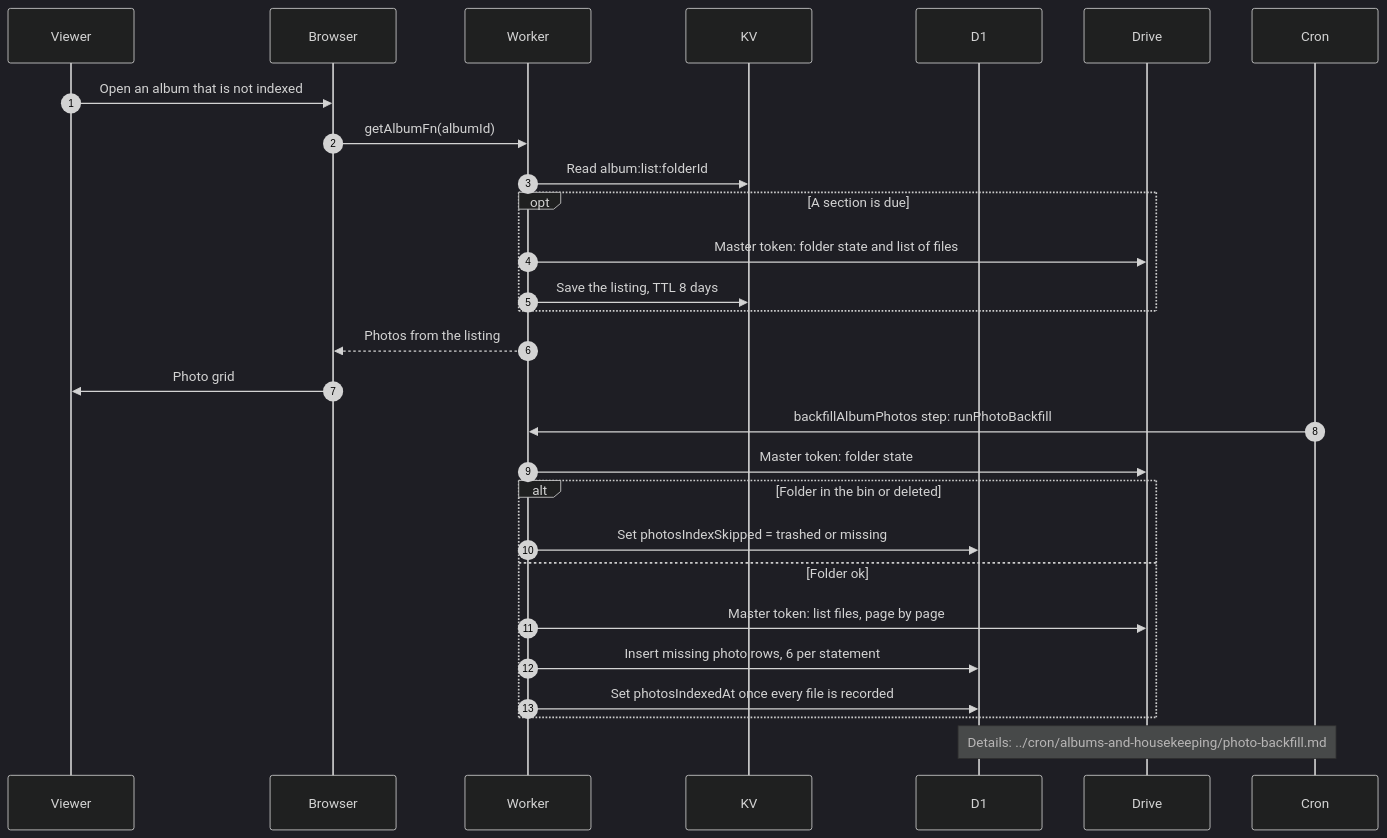
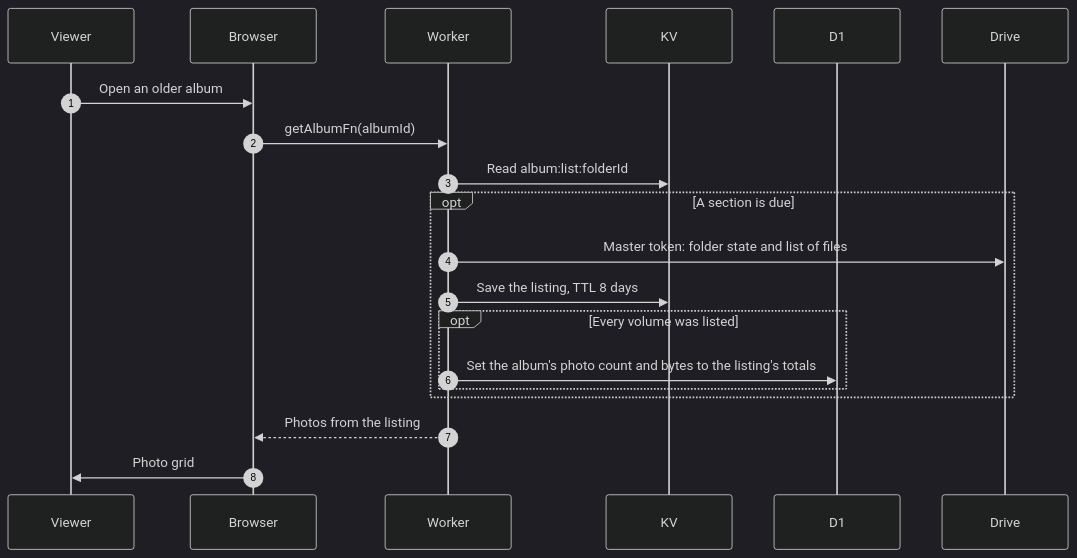
One commit to sagyzdop/meriksirat changed the diagram in docs/scenarios/albums/legacy-albums.md. Above: the diagram before and after it, drawn with Mermaid (dark theme). The commit also changed other lines of this file and 45 other files, not shown here.

First line of the commit message:
feat(albums): remove the photo table and the indexer

````diff
--- a/docs/scenarios/albums/legacy-albums.md
+++ b/docs/scenarios/albums/legacy-albums.md
@@ -12,30 +12,22 @@
 ```mermaid
 sequenceDiagram
     autonumber
     participant U as Viewer
     participant B as Browser
     participant W as Worker
     participant K as KV
     participant D as D1
     participant G as Drive
-    participant C as Cron
-    U->>B: Open an album that is not indexed
+    U->>B: Open an older album
     B->>W: getAlbumFn(albumId)
     W->>K: Read album:list:folderId
     opt A section is due
         W->>G: Master token: folder state and list of files
         W->>K: Save the listing, TTL 8 days
+        opt Every volume was listed
+            W->>D: Set the album's photo count and bytes to the listing's totals
+        end
     end
     W-->>B: Photos from the listing
     B->>U: Photo grid
-    C->>W: backfillAlbumPhotos step: runPhotoBackfill
-    W->>G: Master token: folder state
-    alt Folder in the bin or deleted
-        W->>D: Set photosIndexSkipped = trashed or missing
-    else Folder ok
-        W->>G: Master token: list files, page by page
-        W->>D: Insert missing photo rows, 6 per statement
-        W->>D: Set photosIndexedAt once every file is recorded
-    end
-    Note over C,D: Details: ../cron/albums-and-housekeeping/photo-backfill.md
 ```
````
